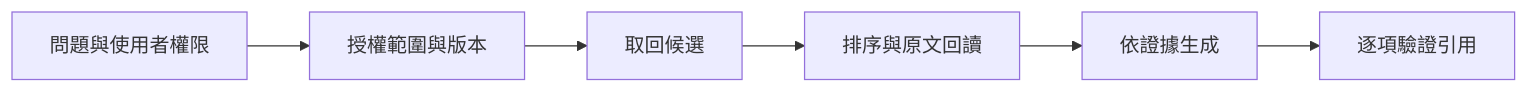
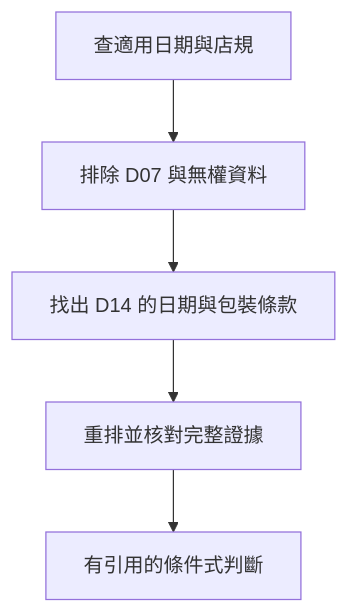
The diagram in chapters/knowledge/05-retrieval-and-rag/lesson.md (easyvibecoding/Agent-Engineering), drawn with Mermaid before and after one commit. The commit also changed other lines of this file and 139 other files, not shown here.

````diff
--- a/chapters/knowledge/05-retrieval-and-rag/lesson.md
+++ b/chapters/knowledge/05-retrieval-and-rag/lesson.md
@@ -37,8 +62,12 @@
 ```mermaid
-flowchart LR
-  Q["問題與使用者權限"] --> A["授權範圍與版本"]
-  A --> R["取回候選"]
-  R --> K["排序與原文回讀"]
-  K --> G["依證據生成"]
-  G --> V["逐項驗證引用"]
+flowchart TD
+    A["查適用日期與店規"]
+    B["排除 D07 與無權資料"]
+    C["找出 D14 的日期與包裝條款"]
+    D["重排並核對完整證據"]
+    E["有引用的條件式判斷"]
+    A --> B
+    B --> C
+    C --> D
+    D --> E
 ```
````
